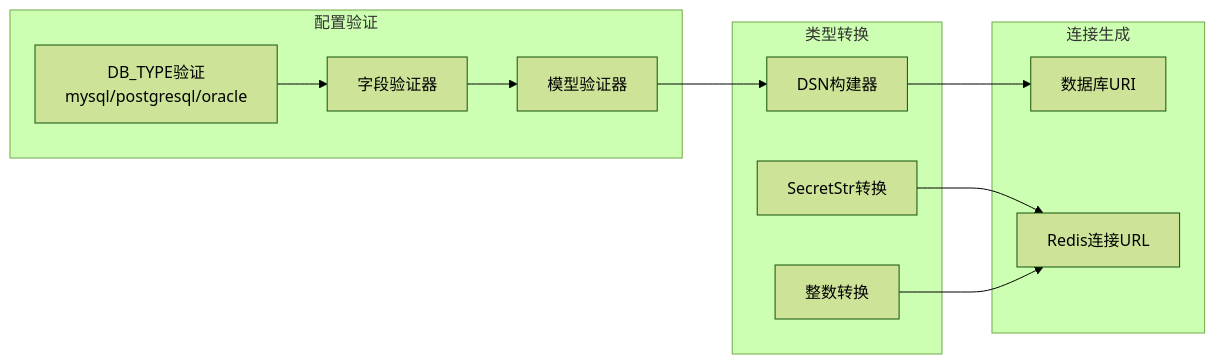
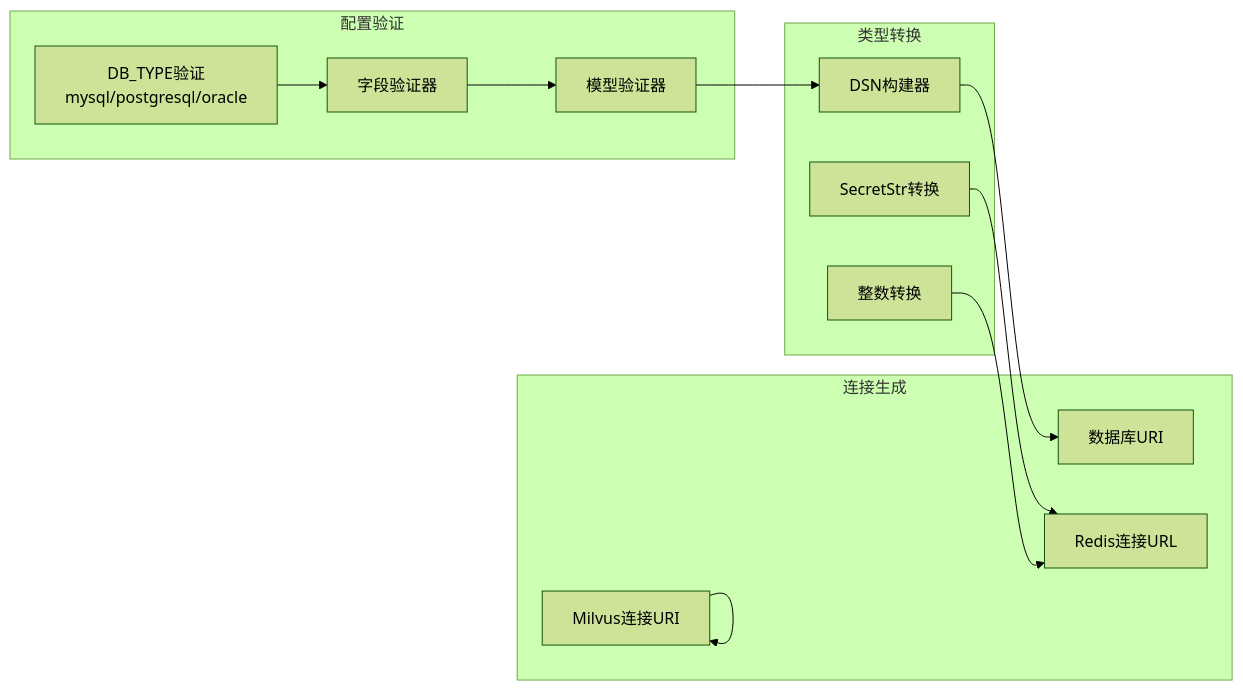
The fifth of 8 diagrams in .qoder/repowiki/zh/content/基础设施工具/配置系统.md (lilinzezzzzzz/fastapi-backend), drawn with Mermaid (forest theme) before and after one commit. The commit also changed other lines of this file and 42 other files, not shown here.

````diff
--- a/.qoder/repowiki/zh/content/基础设施工具/配置系统.md
+++ b/.qoder/repowiki/zh/content/基础设施工具/配置系统.md
@@ -228,23 +254,25 @@
 ```mermaid
 graph LR
 subgraph "配置验证"
 DBType["DB_TYPE验证<br/>mysql/postgresql/oracle"]
 FieldValidator["字段验证器"]
 ModelValidator["模型验证器"]
 end
 subgraph "类型转换"
 DSNBuilder["DSN构建器"]
 SecretConverter["SecretStr转换"]
 IntConverter["整数转换"]
 end
 subgraph "连接生成"
 DBURI["数据库URI"]
 RedisURL["Redis连接URL"]
+MilvusURI["Milvus连接URI"]
 end
 DBType --> FieldValidator
 FieldValidator --> ModelValidator
 ModelValidator --> DSNBuilder
 DSNBuilder --> DBURI
 SecretConverter --> RedisURL
 IntConverter --> RedisURL
+MilvusURI --> MilvusURI
 ```
````
